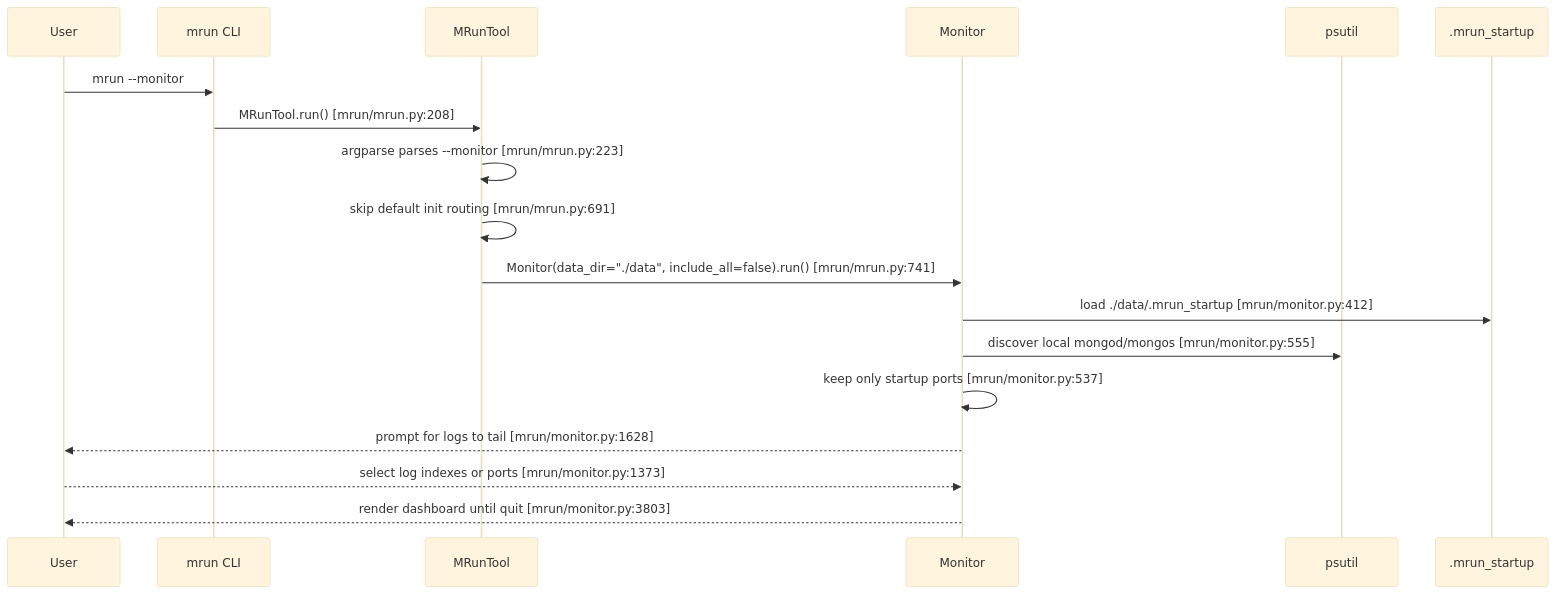
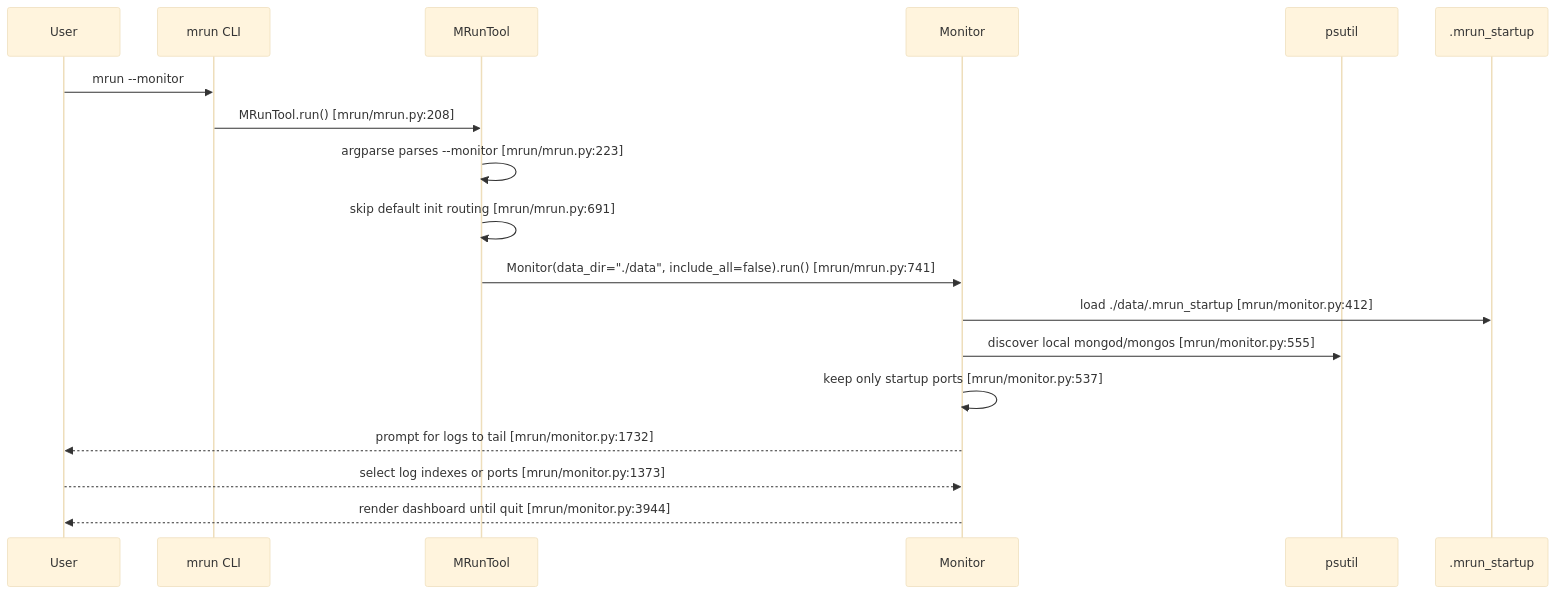
Before and after one commit to mongodb/mlaunch: the first of 13 diagrams in doc/feature-monitor-guide.md, drawn with Mermaid (base theme). The commit also changed other lines of this file and 2 other files, not shown here.

````diff
--- a/doc/feature-monitor-guide.md
+++ b/doc/feature-monitor-guide.md
@@ -172,21 +177,21 @@
 ```mermaid
 sequenceDiagram
     participant User
     participant CLI as mrun CLI
     participant Tool as MRunTool
     participant Monitor as Monitor
     participant PS as psutil
     participant FS as .mrun_startup
 
     User->>CLI: mrun --monitor
     CLI->>Tool: MRunTool.run() [mrun/mrun.py:208]
     Tool->>Tool: argparse parses --monitor [mrun/mrun.py:223]
     Tool->>Tool: skip default init routing [mrun/mrun.py:691]
     Tool->>Monitor: Monitor(data_dir="./data", include_all=false).run() [mrun/mrun.py:741]
     Monitor->>FS: load ./data/.mrun_startup [mrun/monitor.py:412]
     Monitor->>PS: discover local mongod/mongos [mrun/monitor.py:555]
     Monitor->>Monitor: keep only startup ports [mrun/monitor.py:537]
-    Monitor-->>User: prompt for logs to tail [mrun/monitor.py:1628]
+    Monitor-->>User: prompt for logs to tail [mrun/monitor.py:1732]
     User-->>Monitor: select log indexes or ports [mrun/monitor.py:1373]
-    Monitor-->>User: render dashboard until quit [mrun/monitor.py:3803]
+    Monitor-->>User: render dashboard until quit [mrun/monitor.py:3944]
 ```
````
